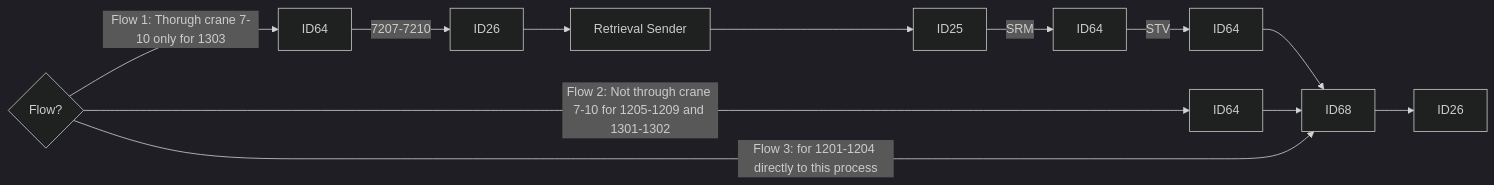
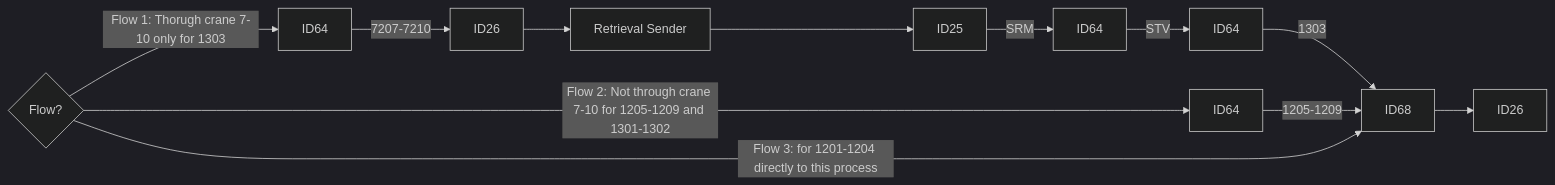
One commit to luthfiadityaa/SimeDarby-Wiki changed the third of 15 diagrams in Basic-Design/DFD-WMS/Retrieval/Specific-Location-Retrieval-Setting.md. Above: the diagram before and after it, drawn with Mermaid (dark theme).

Commit message:
Updated Specific Location Retrieval Setting

```diff
--- a/Basic-Design/DFD-WMS/Retrieval/Specific-Location-Retrieval-Setting.md
+++ b/Basic-Design/DFD-WMS/Retrieval/Specific-Location-Retrieval-Setting.md
@@ -18,9 +18,9 @@
 ::: mermaid
 flowchart LR
 
 Cond1{Flow?} 
 
-Cond1{Flow?}--> |Flow 1: Thorugh crane 7-10 only for 1303| P5[ID64]--> |7207-7210| P8[ID26]-->P9[Retrieval Sender]-->P10[ID25]--> |SRM| P11[ID64]--> |STV| P12[ID64]-->P7[ID68]
-Cond1{Flow?}--> |Flow 2: Not through crane 7-10 for 1205-1209 and 1301-1302| P6[ID64]-->P7[ID68]
+Cond1{Flow?}--> |Flow 1: Thorugh crane 7-10 only for 1303| P5[ID64]--> |7207-7210| P8[ID26]-->P9[Retrieval Sender]-->P10[ID25]--> |SRM| P11[ID64]--> |STV| P12[ID64]--> |1303| P7[ID68]
+Cond1{Flow?}--> |Flow 2: Not through crane 7-10 for 1205-1209 and 1301-1302| P6[ID64]--> |1205-1209| P7[ID68]
 Cond1{Flow?}--> |Flow 3: for 1201-1204 directly to this process| P7[ID68]-->P13[ID26]
 :::
```
